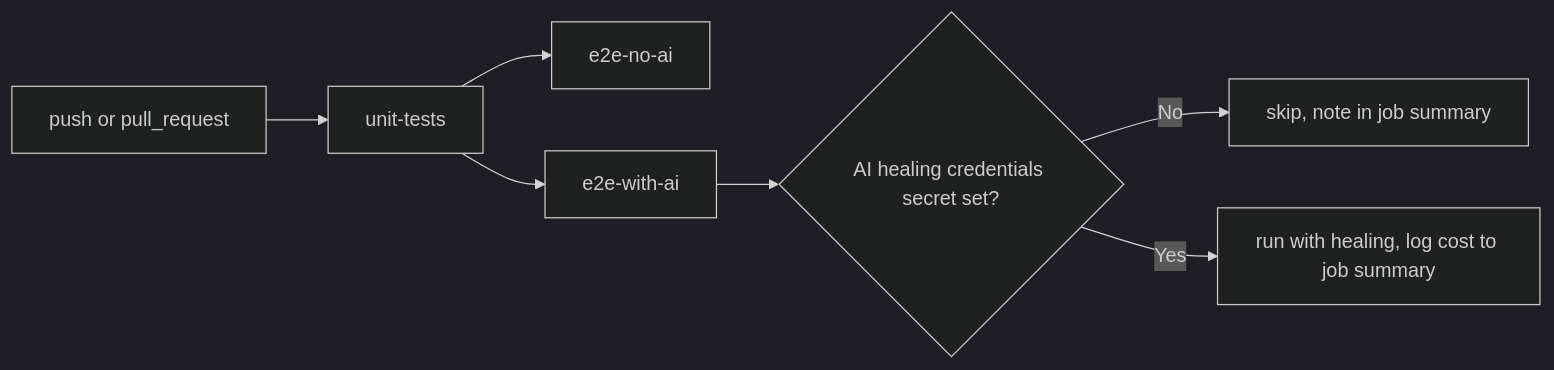
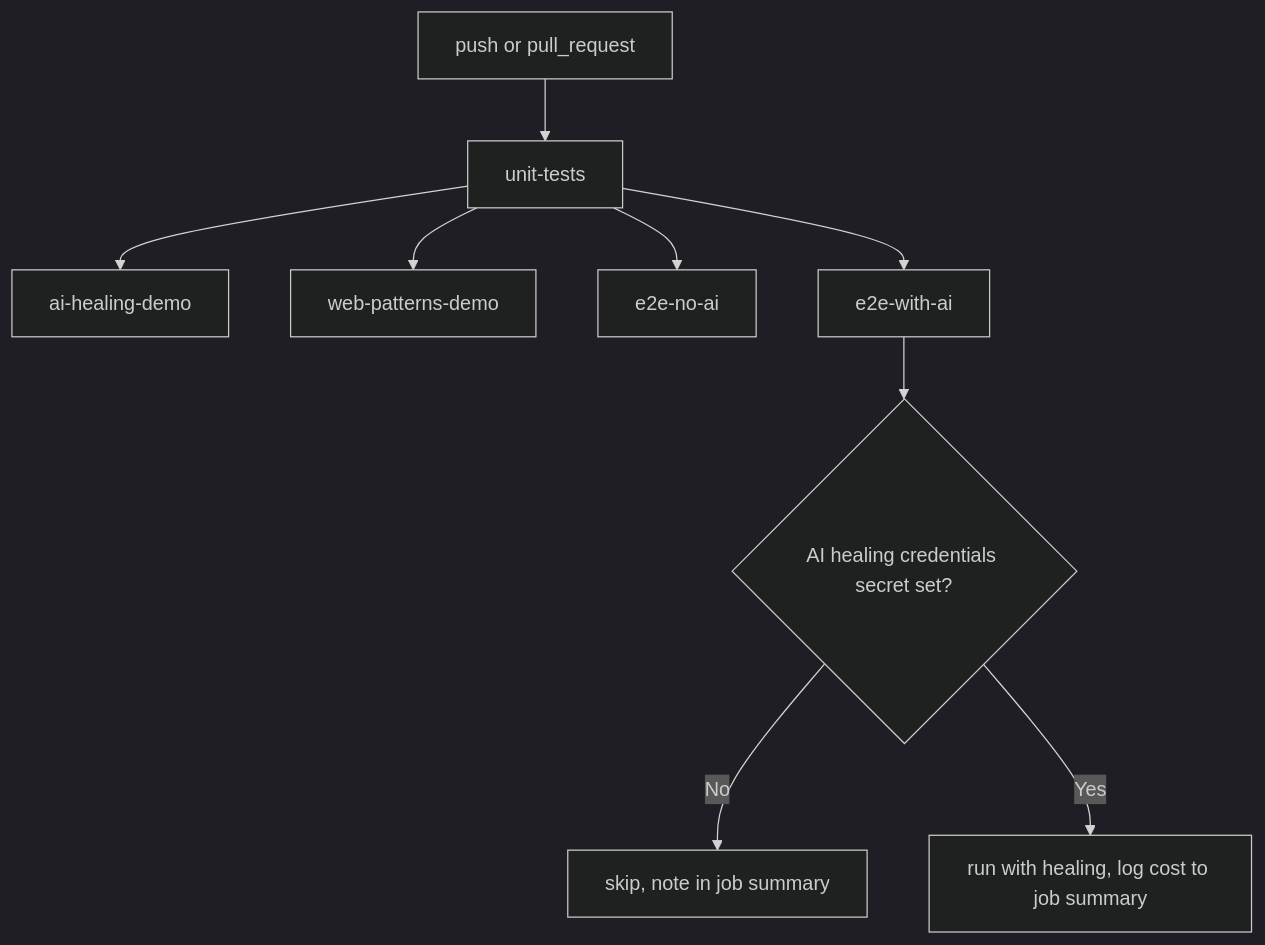
Before and after one commit to veeresh-bikkaneti/cucumberBDDParallel: the first of 2 diagrams in PLAYBOOK.md, drawn with Mermaid (dark theme). The commit also changed other lines of this file and 68 other files, not shown here.

````diff
--- a/PLAYBOOK.md
+++ b/PLAYBOOK.md
@@ -133,9 +133,11 @@
 ```mermaid
-flowchart LR
+flowchart TD
     A[push or pull_request] --> B[unit-tests]
+    B --> H[ai-healing-demo]
+    B --> W[web-patterns-demo]
     B --> C[e2e-no-ai]
     B --> D[e2e-with-ai]
     D --> E{AI healing credentials secret set?}
     E -->|No| F[skip, note in job summary]
     E -->|Yes| G[run with healing, log cost to job summary]
 ```
````
